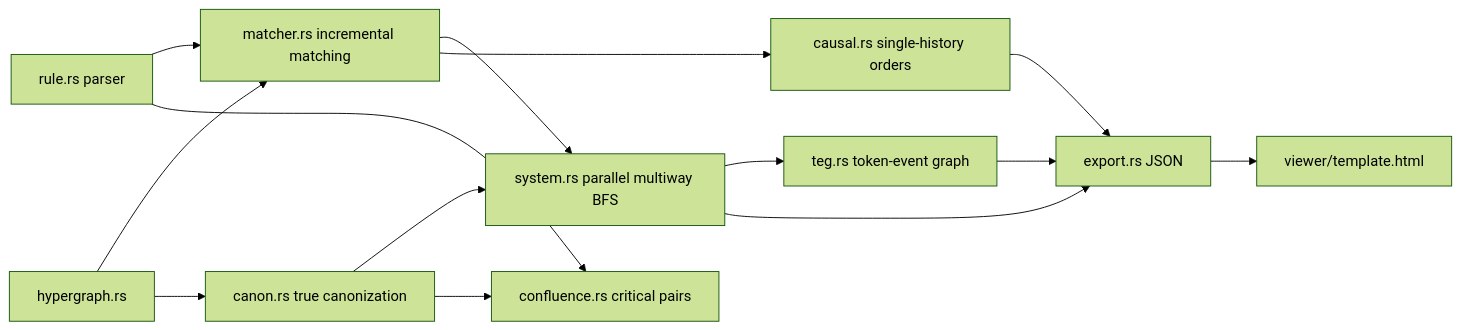
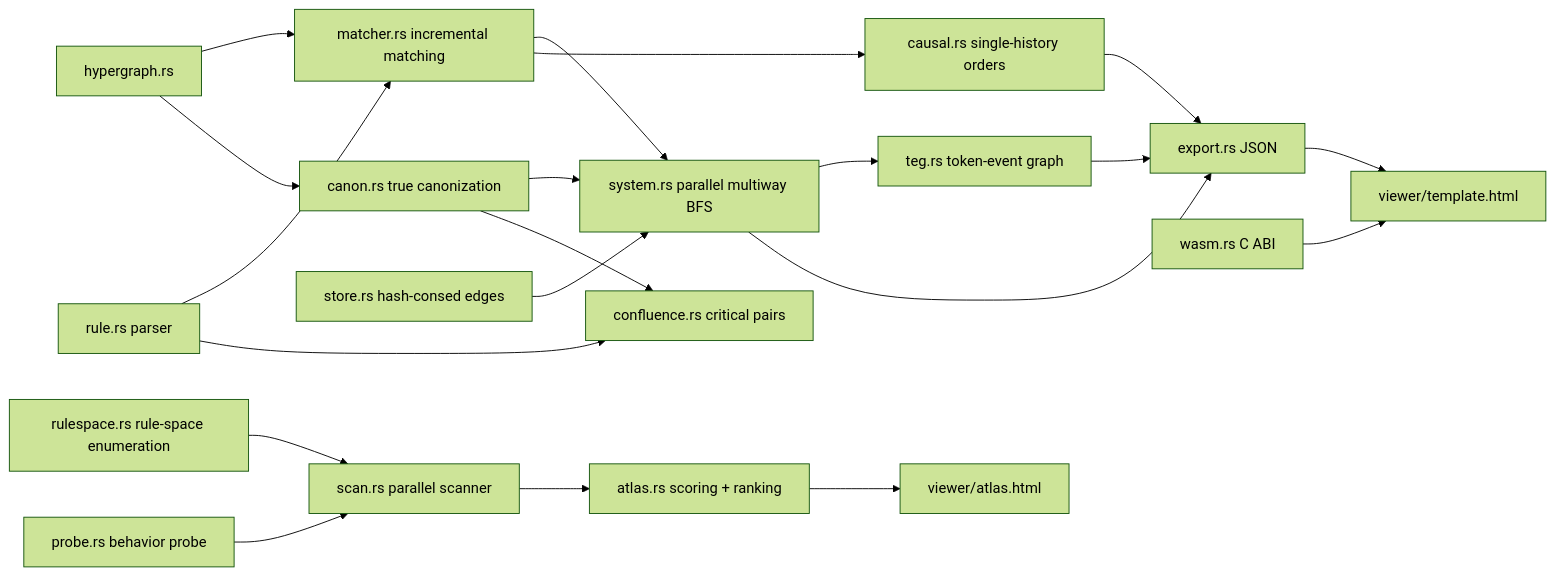
The diagram in README.md (sjqtentacles/multiway), drawn with Mermaid (forest theme) before and after one commit. The commit also changed other lines of this file and 4 other files, not shown here.

````diff
--- a/README.md
+++ b/README.md
@@ -136,16 +222,22 @@
 ```mermaid
 flowchart LR
   rule[rule.rs parser] --> matcher[matcher.rs incremental matching]
   hypergraph[hypergraph.rs] --> matcher
   hypergraph --> canon[canon.rs true canonization]
   matcher --> system[system.rs parallel multiway BFS]
   canon --> system
+  store[store.rs hash-consed edges] --> system
   system --> teg[teg.rs token-event graph]
   matcher --> causal[causal.rs single-history orders]
   rule --> confluence[confluence.rs critical pairs]
   canon --> confluence
+  rulespace[rulespace.rs rule-space enumeration] --> scan[scan.rs parallel scanner]
+  probe[probe.rs behavior probe] --> scan
+  scan --> atlas[atlas.rs scoring + ranking]
   system --> export[export.rs JSON]
   teg --> export
   causal --> export
   export --> viewer[viewer/template.html]
+  atlas --> viewer2[viewer/atlas.html]
+  wasm[wasm.rs C ABI] --> viewer
 ```
````
